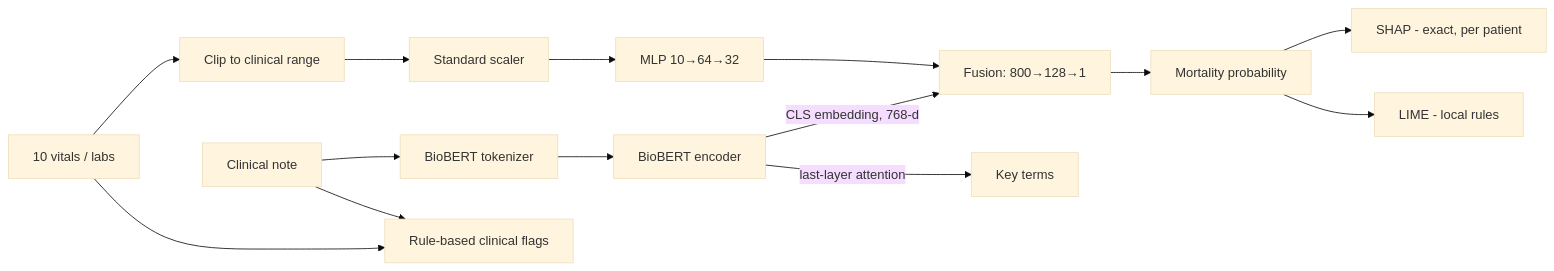
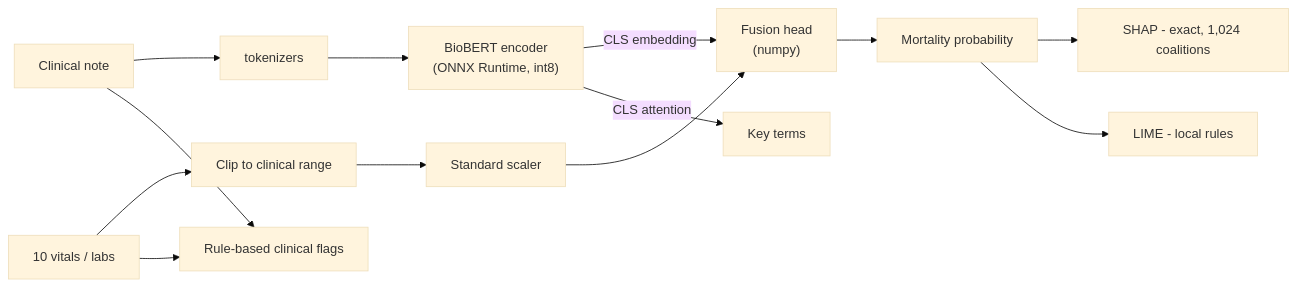
Before and after one commit to kalavalashivaharikowshik/mimic-nlp-explainable-ai: the diagram in README.md, drawn with Mermaid (base theme). The commit also changed other lines of this file, not shown here.

First line of the commit message:
docs: README for the ONNX Runtime version and free Render deployment

````diff
--- a/README.md
+++ b/README.md
@@ -42,13 +47,12 @@
 ```mermaid
 flowchart LR
-    N[Clinical note] --> T[BioBERT tokenizer] --> B[BioBERT encoder]
-    B -->|CLS embedding, 768-d| F
-    B -->|last-layer attention| A[Key terms]
-    V[10 vitals / labs] --> C[Clip to clinical range] --> S[Standard scaler] --> M[MLP 10→64→32]
-    M --> F[Fusion: 800→128→1]
+    N[Clinical note] --> T[tokenizers] --> B["BioBERT encoder<br/>(ONNX Runtime, int8)"]
+    B -->|CLS embedding| F
+    B -->|"CLS attention"| A[Key terms]
+    V[10 vitals / labs] --> C[Clip to clinical range] --> S[Standard scaler] --> F["Fusion head<br/>(numpy)"]
     F --> P[Mortality probability]
-    P --> SH[SHAP - exact, per patient]
+    P --> SH["SHAP - exact, 1,024 coalitions"]
     P --> LI[LIME - local rules]
     V --> R[Rule-based clinical flags]
     N --> R
 ```
````
